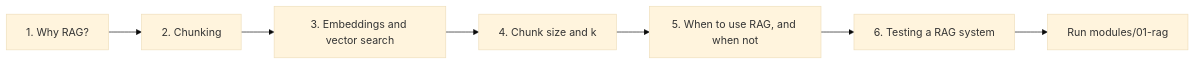
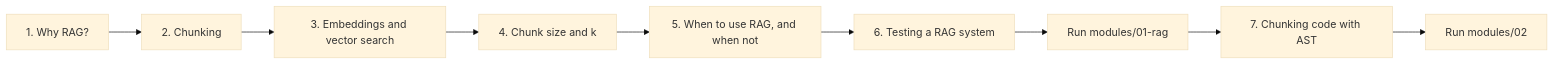
Before and after one commit to prudhivi99/Agentic-System-Design: the diagram in docs/concepts/01-rag/README.md, drawn with Mermaid (base theme). The commit also changed other lines of this file and 20 other files, not shown here.

Commit message:
Add "Chunking code with AST" concept page with diagrams

````diff
--- a/docs/concepts/01-rag/README.md
+++ b/docs/concepts/01-rag/README.md
@@ -7,9 +7,11 @@
 ```mermaid
 flowchart LR
     A["1. Why RAG?"] --> B["2. Chunking"]
     B --> C["3. Embeddings and vector search"]
     C --> D["4. Chunk size and k"]
     D --> E["5. When to use RAG, and when not"]
     E --> F["6. Testing a RAG system"]
     F --> G["Run modules/01-rag"]
+    G --> H["7. Chunking code with AST"]
+    H --> I["Run modules/02"]
 ```
````
